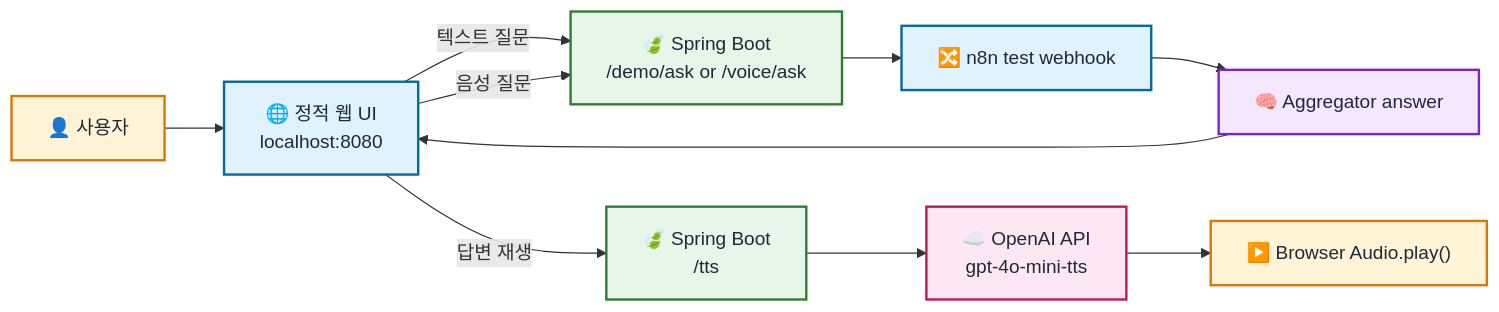
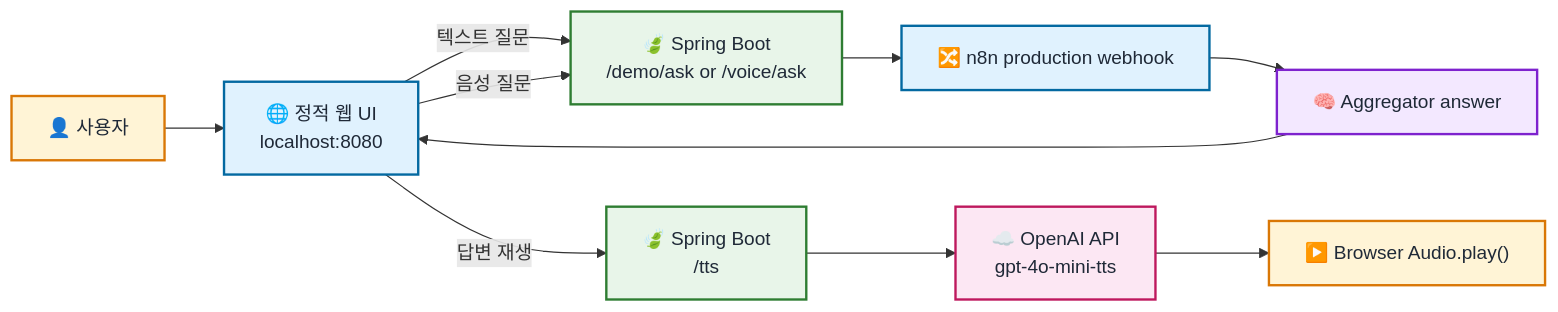
One commit to kkkwp/hybrid-rag-voicebot changed the third of 7 diagrams in README.md. Above: the diagram before and after it, drawn with Mermaid. The commit also changed other lines of this file and 3 other files, not shown here.

Commit message:
chore: switch n8n webhook integration to production endpoint

````diff
--- a/README.md
+++ b/README.md
@@ -209,29 +209,29 @@
 ```mermaid
 flowchart LR
     USER["👤 사용자"]
     UI["🌐 정적 웹 UI<br/>localhost:8080"]
     DEMO["🍃 Spring Boot<br/>/demo/ask or /voice/ask"]
-    N8N["🔀 n8n test webhook"]
+    N8N["🔀 n8n production webhook"]
     AGG["🧠 Aggregator answer"]
     TTSAPI["🍃 Spring Boot<br/>/tts"]
     OPENAI["☁️ OpenAI API<br/>gpt-4o-mini-tts"]
     AUDIO["▶️ Browser Audio.play()"]
 
     USER --> UI
     UI -- "텍스트 질문" --> DEMO
     UI -- "음성 질문" --> DEMO
     DEMO --> N8N --> AGG --> UI
     UI -- "답변 재생" --> TTSAPI --> OPENAI --> AUDIO
 
     classDef user fill:#fff4d6,stroke:#d97706,color:#1f2937,stroke-width:2px;
     classDef app fill:#e8f5e9,stroke:#2e7d32,color:#1f2937,stroke-width:2px;
     classDef flow fill:#e0f2fe,stroke:#0369a1,color:#1f2937,stroke-width:2px;
     classDef ai fill:#f3e8ff,stroke:#7e22ce,color:#1f2937,stroke-width:2px;
     classDef cloud fill:#fce7f3,stroke:#be185d,color:#1f2937,stroke-width:2px;
 
     class USER,AUDIO user;
     class DEMO,TTSAPI app;
     class UI,N8N flow;
     class AGG ai;
     class OPENAI cloud;
 ```
````
